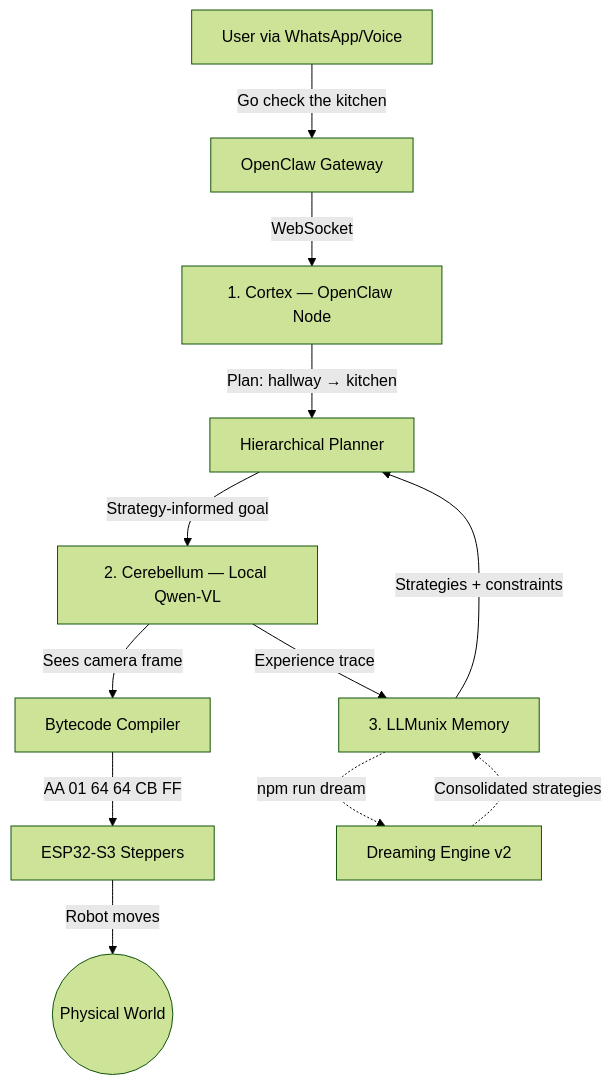
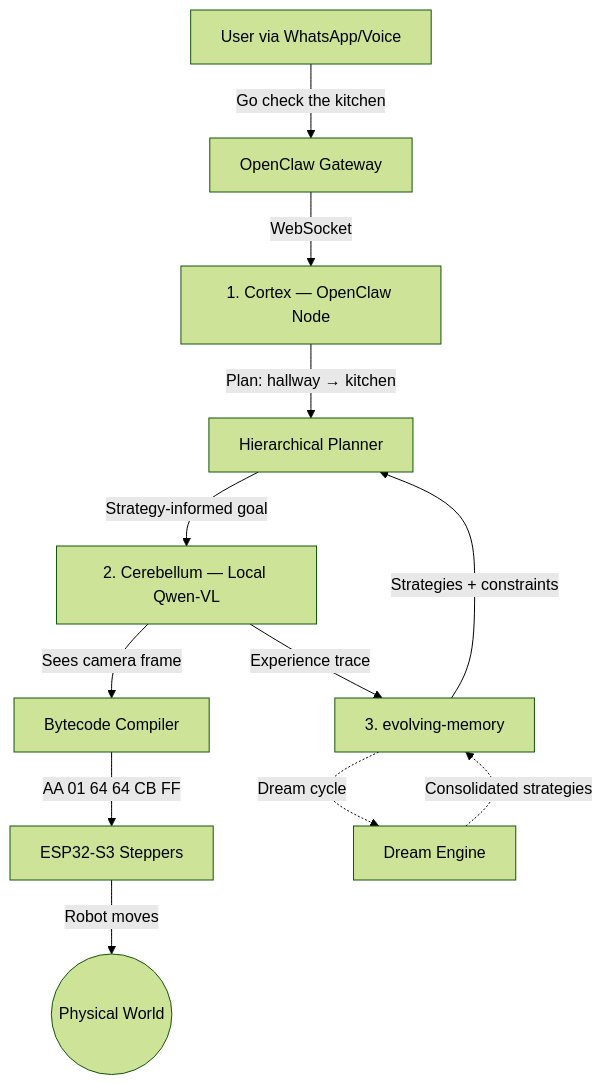
Before and after one commit to EvolvingAgentsLabs/RoClaw: the first of 2 diagrams in README.md, drawn with Mermaid (forest theme). The commit also changed other lines of this file and 13 other files, not shown here.

First line of the commit message:
Replace duplicated memory code with evolving-memory HTTP client, update README and license

````diff
--- a/README.md
+++ b/README.md
@@ -19,14 +41,14 @@
 ```mermaid
 graph TD
     USER[User via WhatsApp/Voice] -->|"Go check the kitchen"| OC[OpenClaw Gateway]
     OC -->|WebSocket| CORTEX[1. Cortex — OpenClaw Node]
     CORTEX -->|"Plan: hallway → kitchen"| PLANNER[Hierarchical Planner]
     PLANNER -->|"Strategy-informed goal"| CEREBELLUM[2. Cerebellum — Local Qwen-VL]
     CEREBELLUM -->|"Sees camera frame"| COMPILE[Bytecode Compiler]
     COMPILE -->|"AA 01 64 64 CB FF"| ESP[ESP32-S3 Steppers]
     ESP -->|"Robot moves"| WORLD((Physical World))
-    CEREBELLUM -->|"Experience trace"| MEMORY[3. LLMunix Memory]
+    CEREBELLUM -->|"Experience trace"| MEMORY[3. evolving-memory]
     MEMORY -->|"Strategies + constraints"| PLANNER
-    MEMORY -.->|"npm run dream"| DREAM[Dreaming Engine v2]
+    MEMORY -.->|"Dream cycle"| DREAM[Dream Engine]
     DREAM -.->|"Consolidated strategies"| MEMORY
 ```
````
